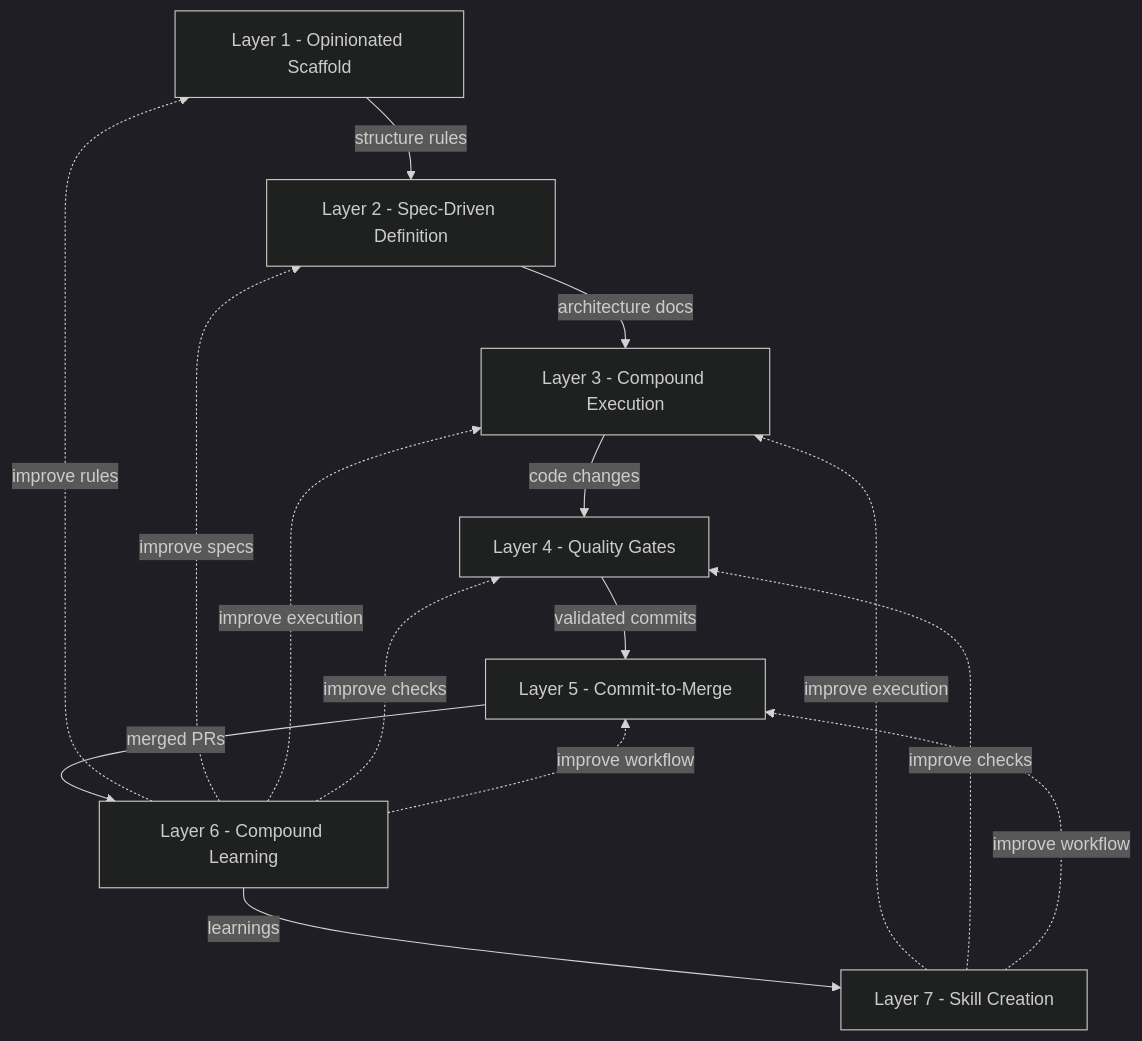
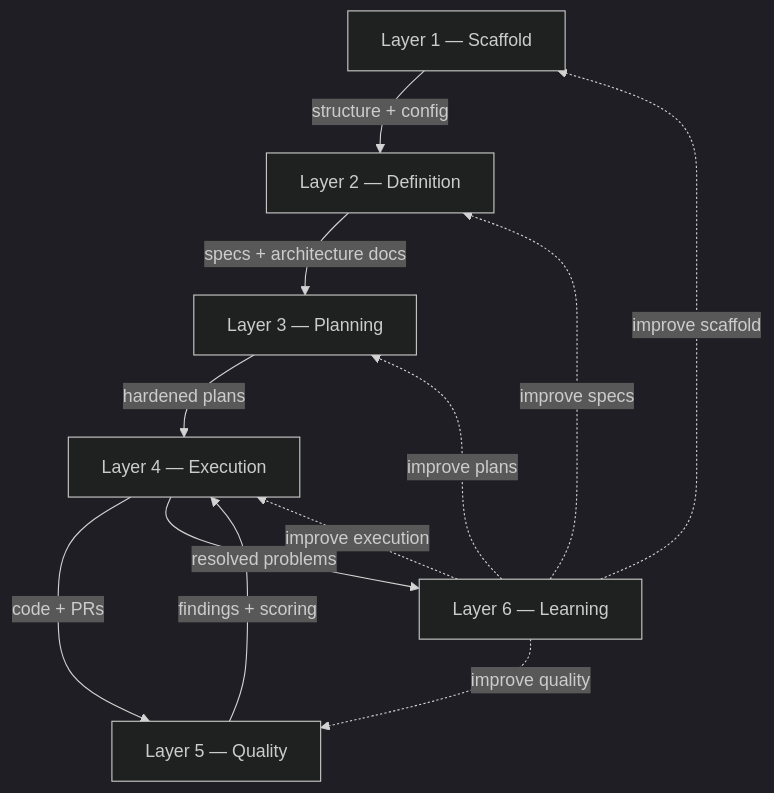
The first of 8 diagrams in docs/guides/METHODOLOGY.md (builtform/launchpad), drawn with Mermaid (dark theme) before and after one commit. The commit also changed other lines of this file and 11 other files, not shown here.

````diff
--- a/docs/guides/METHODOLOGY.md
+++ b/docs/guides/METHODOLOGY.md
@@ -19,25 +19,21 @@
 ```mermaid
 flowchart TD
-    L1["Layer 1 - Opinionated Scaffold"]
-    L2["Layer 2 - Spec-Driven Definition"]
-    L3["Layer 3 - Compound Execution"]
-    L4["Layer 4 - Quality Gates"]
-    L5["Layer 5 - Commit-to-Merge"]
-    L6["Layer 6 - Compound Learning"]
-    L7["Layer 7 - Skill Creation"]
+    L1["Layer 1 — Scaffold"]
+    L2["Layer 2 — Definition"]
+    L3["Layer 3 — Planning"]
+    L4["Layer 4 — Execution"]
+    L5["Layer 5 — Quality"]
+    L6["Layer 6 — Learning"]
 
-    L1 -->|"structure rules"| L2
-    L2 -->|"architecture docs"| L3
-    L3 -->|"code changes"| L4
-    L4 -->|"validated commits"| L5
-    L5 -->|"merged PRs"| L6
-    L6 -.->|"improve rules"| L1
+    L1 -->|"structure + config"| L2
+    L2 -->|"specs + architecture docs"| L3
+    L3 -->|"hardened plans"| L4
+    L4 -->|"code + PRs"| L5
+    L5 -->|"findings + scoring"| L4
+    L4 -->|"resolved problems"| L6
+    L6 -.->|"improve scaffold"| L1
     L6 -.->|"improve specs"| L2
-    L6 -.->|"improve execution"| L3
-    L6 -.->|"improve checks"| L4
-    L6 -.->|"improve workflow"| L5
-    L6 -->|"learnings"| L7
-    L7 -.->|"improve execution"| L3
-    L7 -.->|"improve checks"| L4
-    L7 -.->|"improve workflow"| L5
+    L6 -.->|"improve plans"| L3
+    L6 -.->|"improve execution"| L4
+    L6 -.->|"improve quality"| L5
 ```
````
